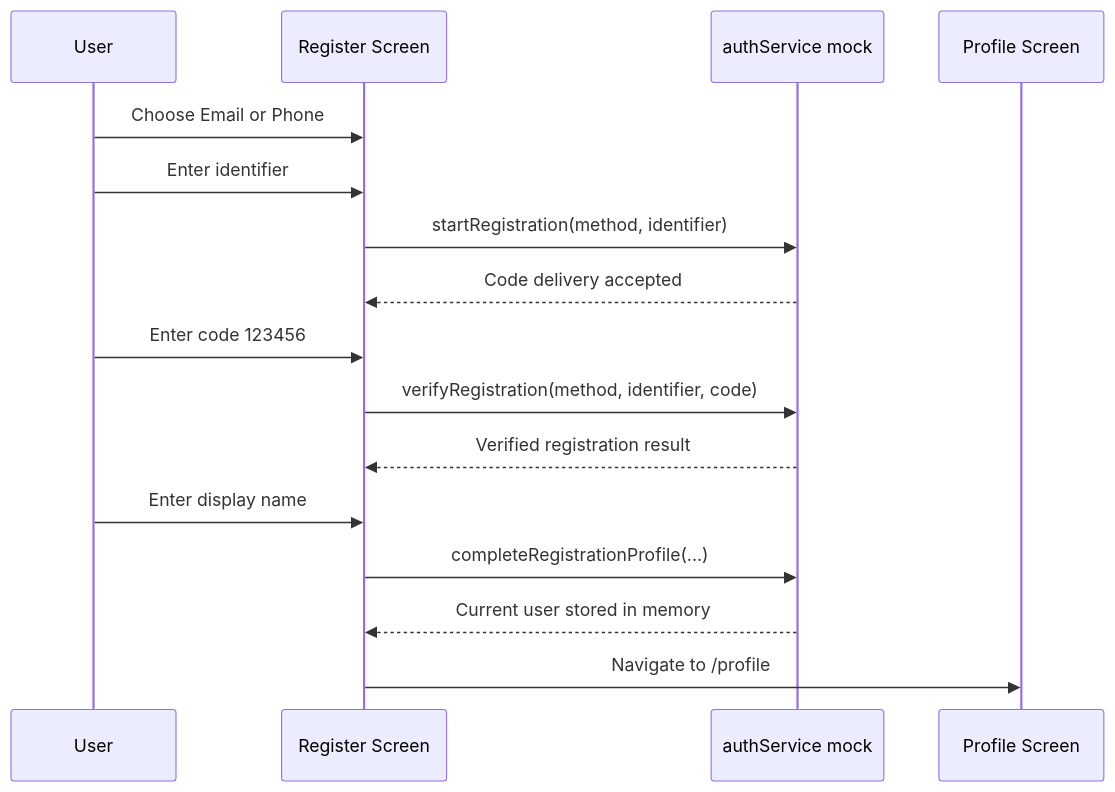
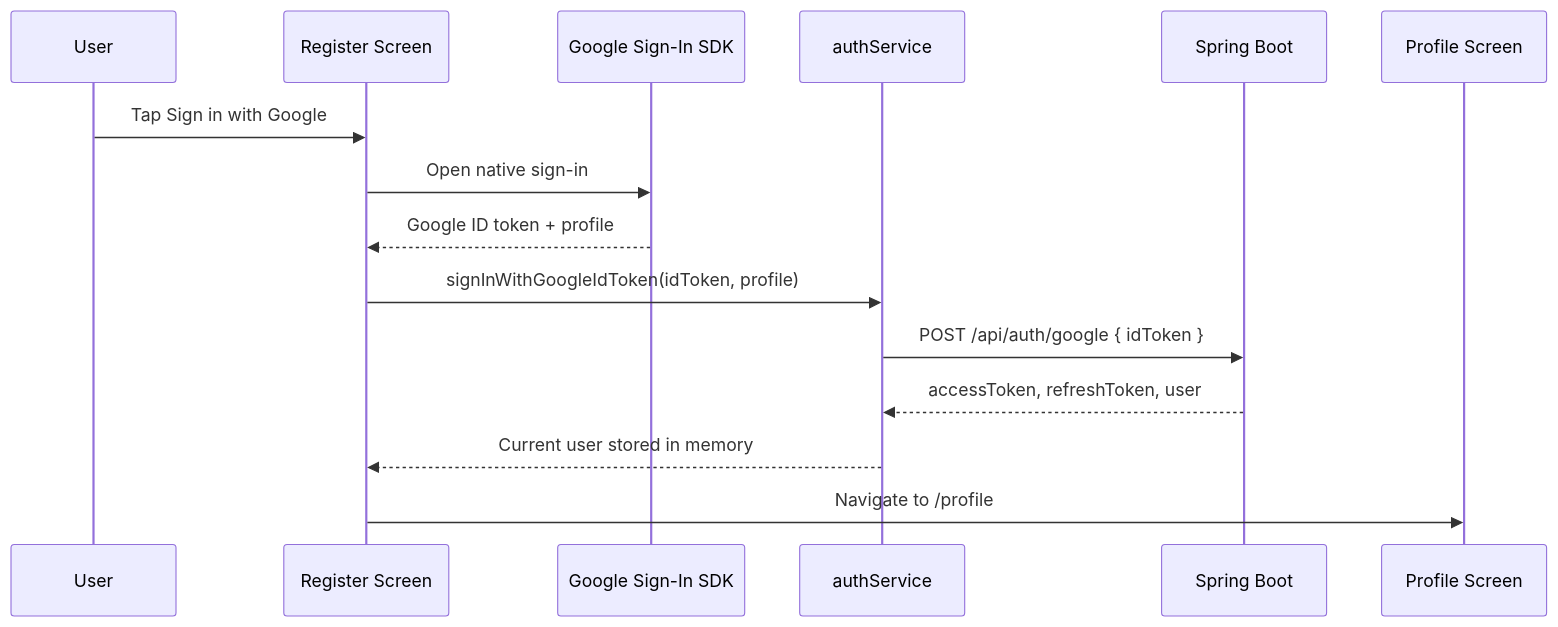
One commit to ankitkafle1/phone-first-app changed the third of 3 diagrams in frontend/application-structure.md. Above: the diagram before and after it, drawn with Mermaid. The commit also changed other lines of this file and 6 other files, not shown here.

First line of the commit message:
auth part, google singin

````diff
--- a/frontend/application-structure.md
+++ b/frontend/application-structure.md
@@ -134,19 +130,18 @@
 ```mermaid
 sequenceDiagram
   participant User
   participant Register as Register Screen
-  participant Auth as authService mock
+  participant Google as Google Sign-In SDK
+  participant Auth as authService
+  participant API as Spring Boot
   participant Profile as Profile Screen
 
-  User->>Register: Choose Email or Phone
-  User->>Register: Enter identifier
-  Register->>Auth: startRegistration(method, identifier)
-  Auth-->>Register: Code delivery accepted
-  User->>Register: Enter code 123456
-  Register->>Auth: verifyRegistration(method, identifier, code)
-  Auth-->>Register: Verified registration result
-  User->>Register: Enter display name
-  Register->>Auth: completeRegistrationProfile(...)
+  User->>Register: Tap Sign in with Google
+  Register->>Google: Open native sign-in
+  Google-->>Register: Google ID token + profile
+  Register->>Auth: signInWithGoogleIdToken(idToken, profile)
+  Auth->>API: POST /api/auth/google { idToken }
+  API-->>Auth: accessToken, refreshToken, user
   Auth-->>Register: Current user stored in memory
   Register->>Profile: Navigate to /profile
 ```
````
